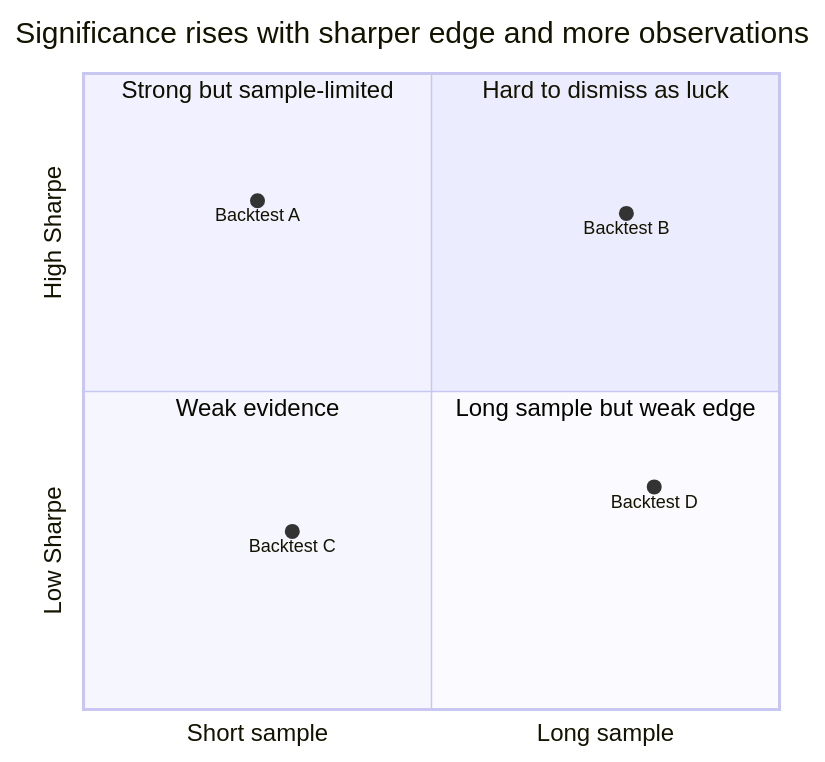
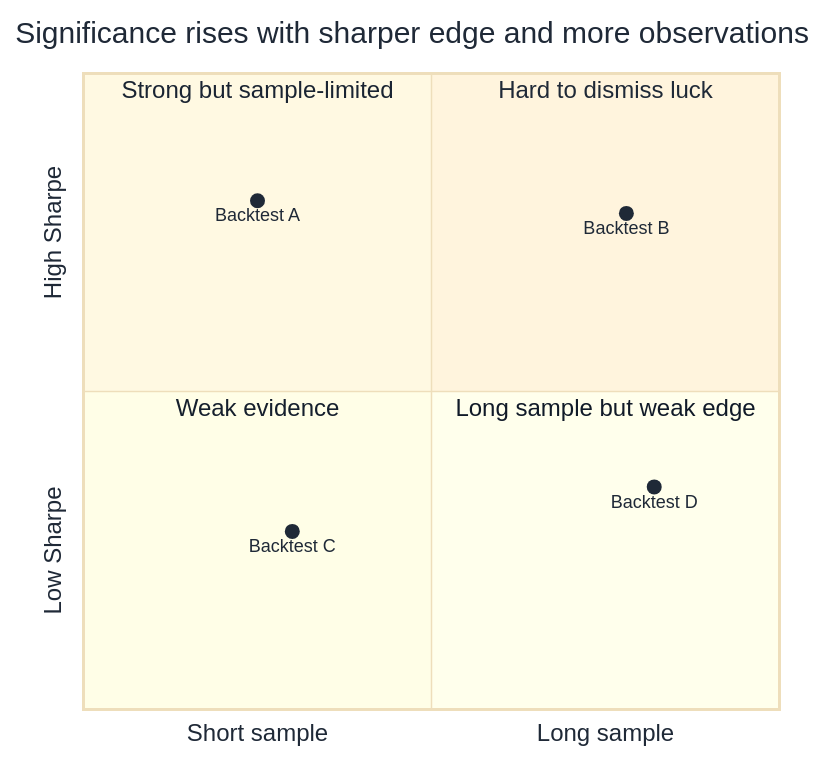
Before and after one commit to tihaya-anon/algorithmic-trading-winning-strategies-rationale-illustration: the diagram in chapters/chapter-01/sections/03-statistical-significance-of-backtesting/figures/sharpe-sample-grid.mmd, drawn with Mermaid. The commit also changed 22 other files, not shown here.

Commit message:
fix(figures): improve mermaid label fit and slide aspect

```diff
--- a/chapters/chapter-01/sections/03-statistical-significance-of-backtesting/figures/sharpe-sample-grid.mmd
+++ b/chapters/chapter-01/sections/03-statistical-significance-of-backtesting/figures/sharpe-sample-grid.mmd
@@ -1,12 +1,13 @@
+%%{init: {"theme": "base", "themeVariables": {"fontFamily": "Noto Sans, Arial, sans-serif", "primaryTextColor": "#1f2937", "lineColor": "#0f766e"}}}%%
 quadrantChart
     title Significance rises with sharper edge and more observations
     x-axis Short sample --> Long sample
     y-axis Low Sharpe --> High Sharpe
-    quadrant-1 Hard to dismiss as luck
+    quadrant-1 Hard to dismiss luck
     quadrant-2 Strong but sample-limited
     quadrant-3 Weak evidence
     quadrant-4 Long sample but weak edge
     Backtest A: [0.25, 0.80]
     Backtest B: [0.78, 0.78]
     Backtest C: [0.30, 0.28]
     Backtest D: [0.82, 0.35]
```
